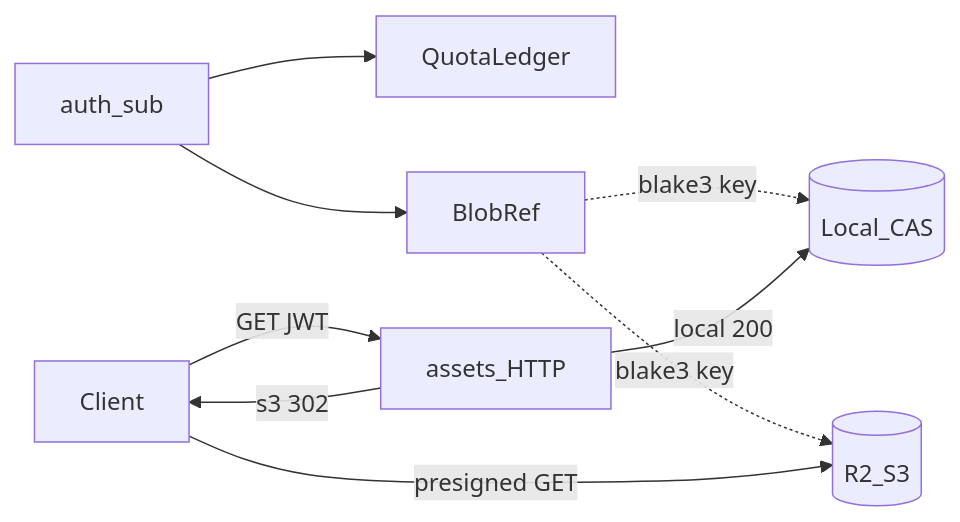
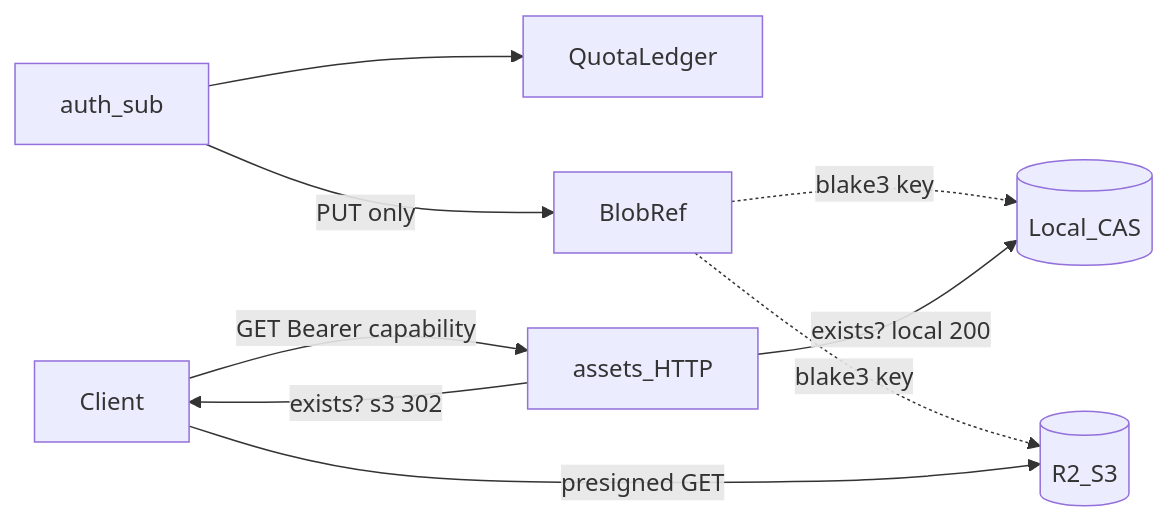
The diagram in .workspace/0_doc/architecture/assets-server.md (FRICK-ELDY/alchemy), drawn with Mermaid before and after one commit. The commit also changed other lines of this file and 5 other files, not shown here.

Commit message:
docs: assets GET capability を正本化し BlobGrant たたき台を追加

````diff
--- a/.workspace/0_doc/architecture/assets-server.md
+++ b/.workspace/0_doc/architecture/assets-server.md
@@ -49,11 +65,11 @@
 ```mermaid
 flowchart LR
   UserRef[auth_sub] --> QuotaLedger
-  UserRef --> BlobRef
+  UserRef -->|"PUT only"| BlobRef
   BlobRef -.->|"blake3 key"| CASLocal[(Local_CAS)]
   BlobRef -.->|"blake3 key"| CASR2[(R2_S3)]
-  Client -->|"GET JWT"| API[assets_HTTP]
-  API -->|"local 200"| CASLocal
-  API -->|"s3 302"| Client
+  Client -->|"GET Bearer capability"| API[assets_HTTP]
+  API -->|"exists? local 200"| CASLocal
+  API -->|"exists? s3 302"| Client
   Client -->|"presigned GET"| CASR2
 ```
````
